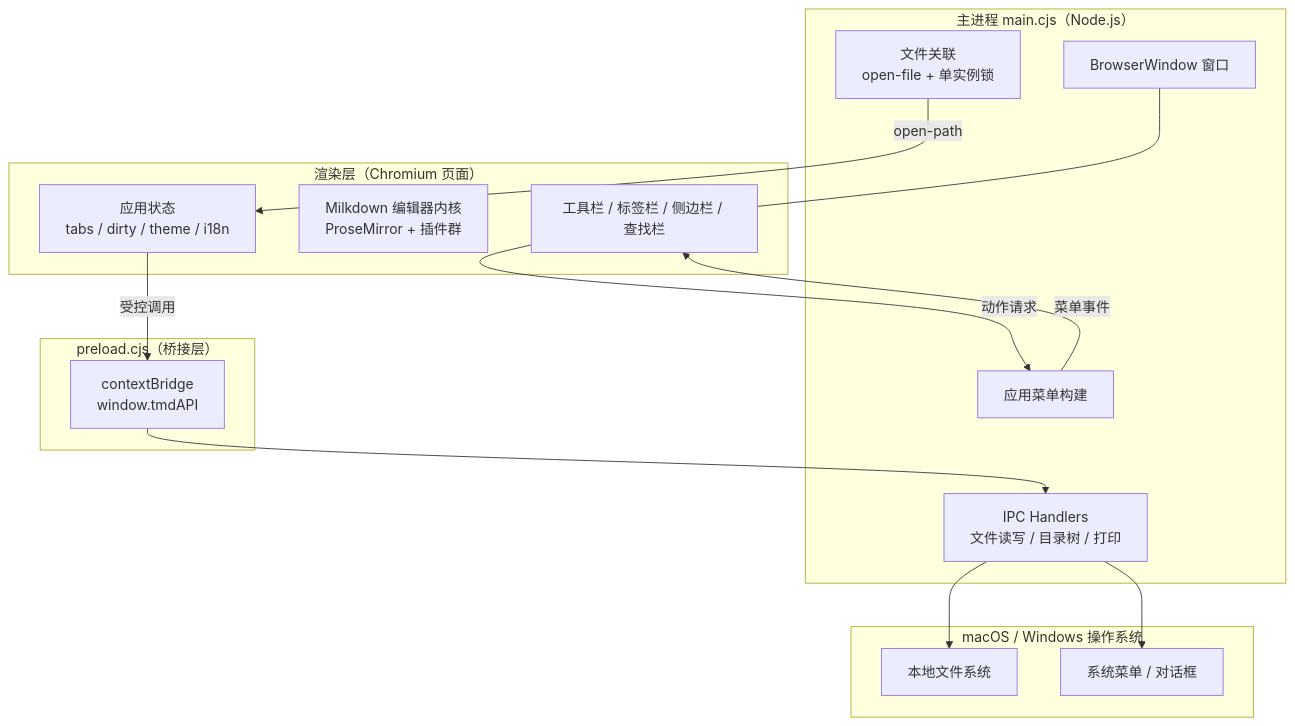
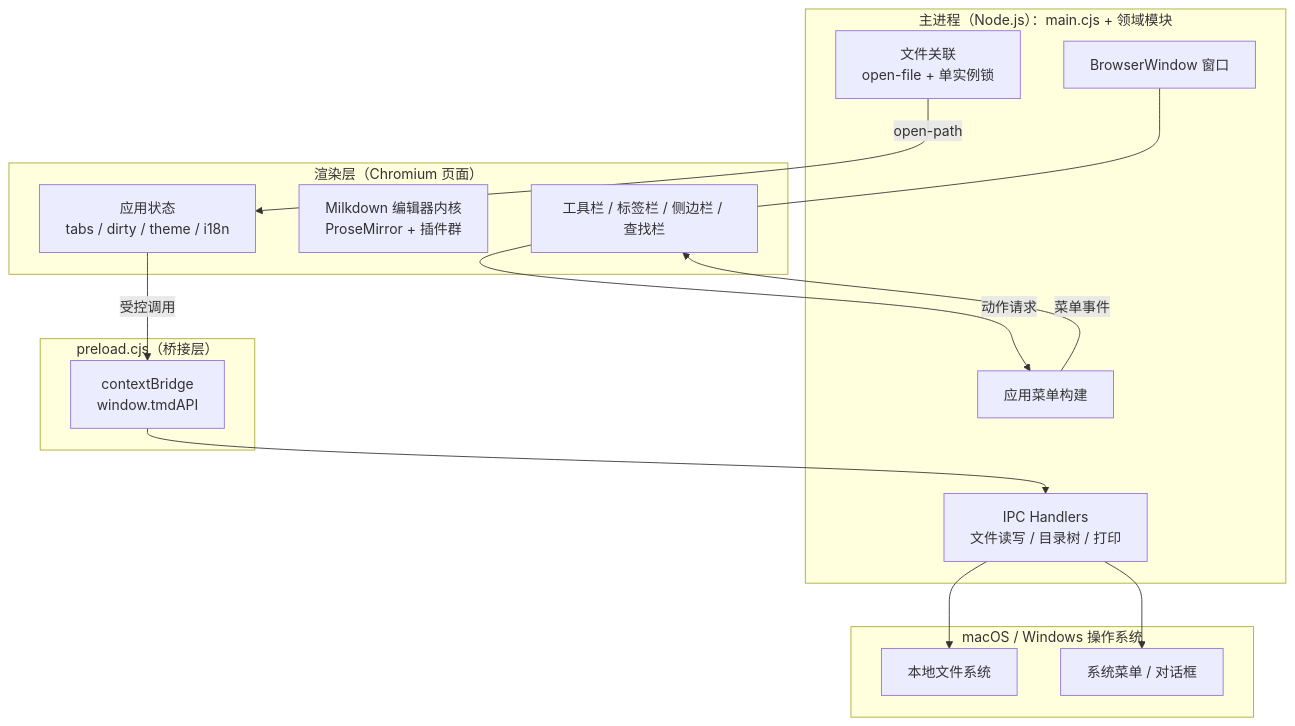
One commit to ChiangyangNPU/tmd changed the first of 4 diagrams in docs/架构设计.md. Above: the diagram before and after it, drawn with Mermaid. The commit also changed other lines of this file and 14 other files, not shown here.

First line of the commit message:
refactor(electron): main.cjs 按域拆分为 7 个领域模块

````diff
--- a/docs/架构设计.md
+++ b/docs/架构设计.md
@@ -10,33 +10,33 @@
 ```mermaid
 flowchart TB
     subgraph MAC["macOS / Windows 操作系统"]
         FS[本地文件系统]
         MENU[系统菜单 / 对话框]
     end
 
-    subgraph MAIN["主进程 main.cjs（Node.js）"]
+    subgraph MAIN["主进程（Node.js）：main.cjs + 领域模块"]
         WIN[BrowserWindow 窗口]
         MENUBUILD[应用菜单构建]
         IPC[IPC Handlers<br/>文件读写 / 目录树 / 打印]
         ASSOC[文件关联<br/>open-file + 单实例锁]
     end
 
     subgraph PRELOAD["preload.cjs（桥接层）"]
         BRIDGE[contextBridge<br/>window.tmdAPI]
     end
 
     subgraph RENDERER["渲染层（Chromium 页面）"]
         UI[工具栏 / 标签栏 / 侧边栏 / 查找栏]
         EDITOR[Milkdown 编辑器内核<br/>ProseMirror + 插件群]
         STATE[应用状态<br/>tabs / dirty / theme / i18n]
     end
 
     WIN --- UI
     MENUBUILD -- "菜单事件" --> UI
     UI -- "动作请求" --> MENUBUILD
     STATE -- "受控调用" --> BRIDGE
     BRIDGE --> IPC
     IPC --> FS
     IPC --> MENU
     ASSOC -- "open-path" --> STATE
 ```
````
